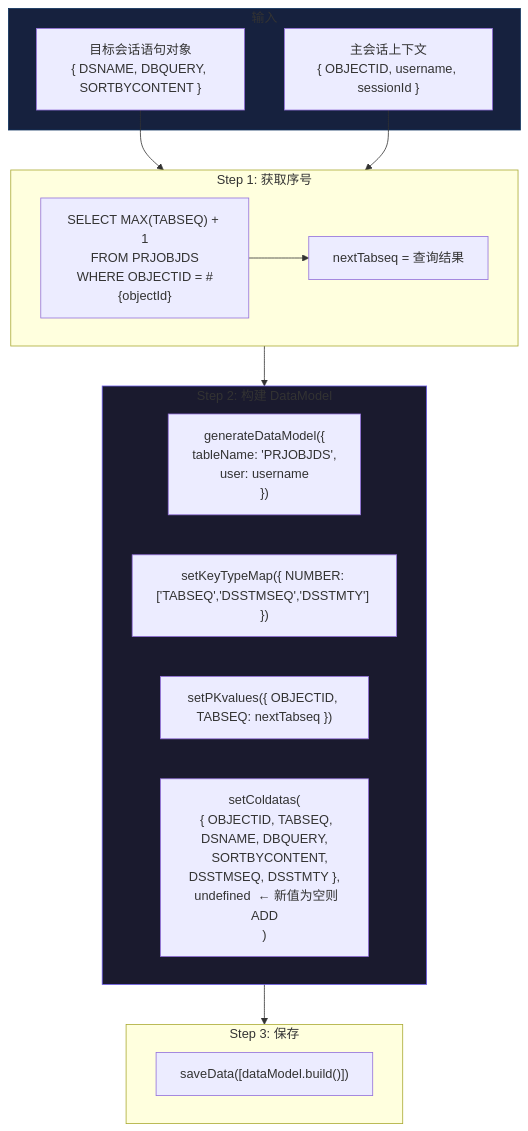
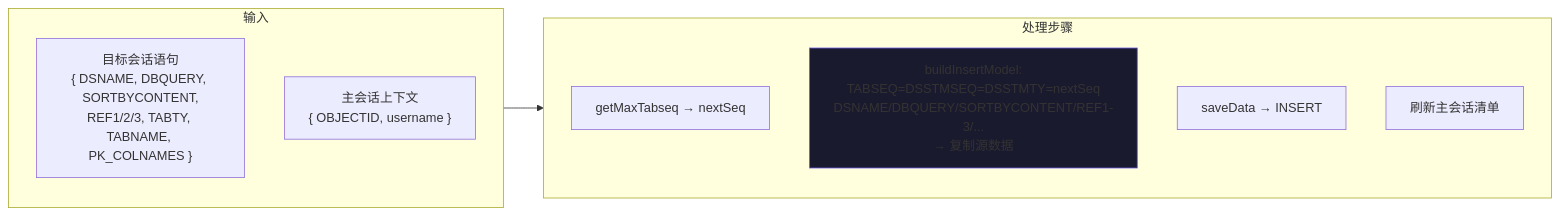
Before and after one commit to xxxace/ns-sql-editor: the fifth of 8 diagrams in 登录账户和其它账户联动功能-开发方案.md, drawn with Mermaid. The commit also changed other lines of this file and 1 other file, not shown here.

````diff
--- a/登录账户和其它账户联动功能-开发方案.md
+++ b/登录账户和其它账户联动功能-开发方案.md
@@ -252,31 +418,18 @@
 ```mermaid
-flowchart TB
+flowchart LR
     subgraph Input["输入"]
-        S["目标会话语句对象<br/>{ DSNAME, DBQUERY, SORTBYCONTENT }"]
-        M["主会话上下文<br/>{ OBJECTID, username, sessionId }"]
+        S["目标会话语句<br/>{ DSNAME, DBQUERY, SORTBYCONTENT,<br/>REF1/2/3, TABTY, TABNAME, PK_COLNAMES }"]
+        M["主会话上下文<br/>{ OBJECTID, username }"]
     end
 
-    subgraph Step1["Step 1: 获取序号"]
-        Q1["SELECT MAX(TABSEQ) + 1<br/>FROM PRJOBJDS<br/>WHERE OBJECTID = #{objectId}"]
-        Q1 --> NEXT["nextTabseq = 查询结果"]
+    subgraph Steps["处理步骤"]
+        S1["getMaxTabseq → nextSeq"]
+        S2["buildInsertModel:<br/>TABSEQ=DSSTMSEQ=DSSTMTY=nextSeq<br/>DSNAME/DBQUERY/SORTBYCONTENT/REF1-3/...<br/>→ 复制源数据"]
+        S3["saveData → INSERT"]
+        S4["刷新主会话清单"]
     end
 
-    subgraph Step2["Step 2: 构建 DataModel"]
-        DM["generateDataModel({<br/>  tableName: 'PRJOBJDS',<br/>  user: username<br/>})"]
-        DM2["setKeyTypeMap({ NUMBER: ['TABSEQ','DSSTMSEQ','DSSTMTY'] })"]
-        DM3["setPKvalues({ OBJECTID, TABSEQ: nextTabseq })"]
-        DM4["setColdatas(<br/>  { OBJECTID, TABSEQ, DSNAME, DBQUERY,<br/>    SORTBYCONTENT, DSSTMSEQ, DSSTMTY },<br/>  undefined  ← 新值为空则 ADD<br/>)"]
-    end
+    Input --> Steps
 
-    subgraph Step3["Step 3: 保存"]
-        POST["saveData([dataModel.build()])"]
-    end
-
-    S --> Step1
-    M --> Step1
-    Step1 --> Step2
-    Step2 --> Step3
-
-    style Step2 fill:#1a1a2e,stroke:#6c5ce7
-    style Input fill:#16213e,stroke:#0f3460
+    style S2 fill:#1a1a2e,stroke:#6c5ce7
 ```
````
